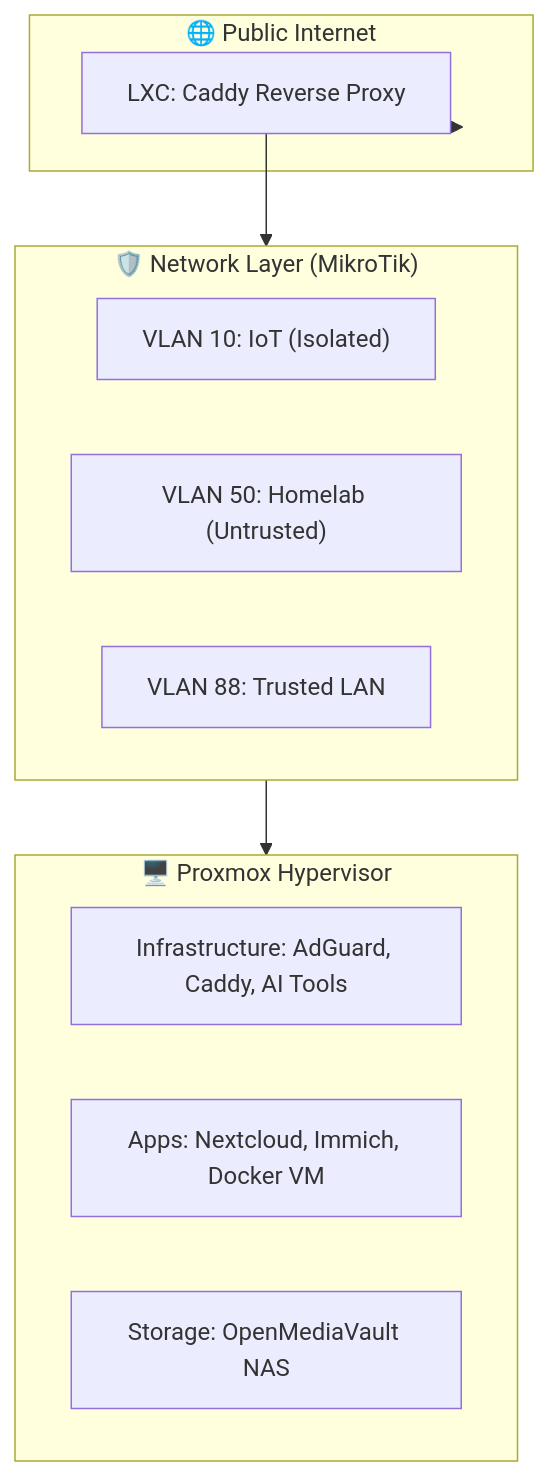
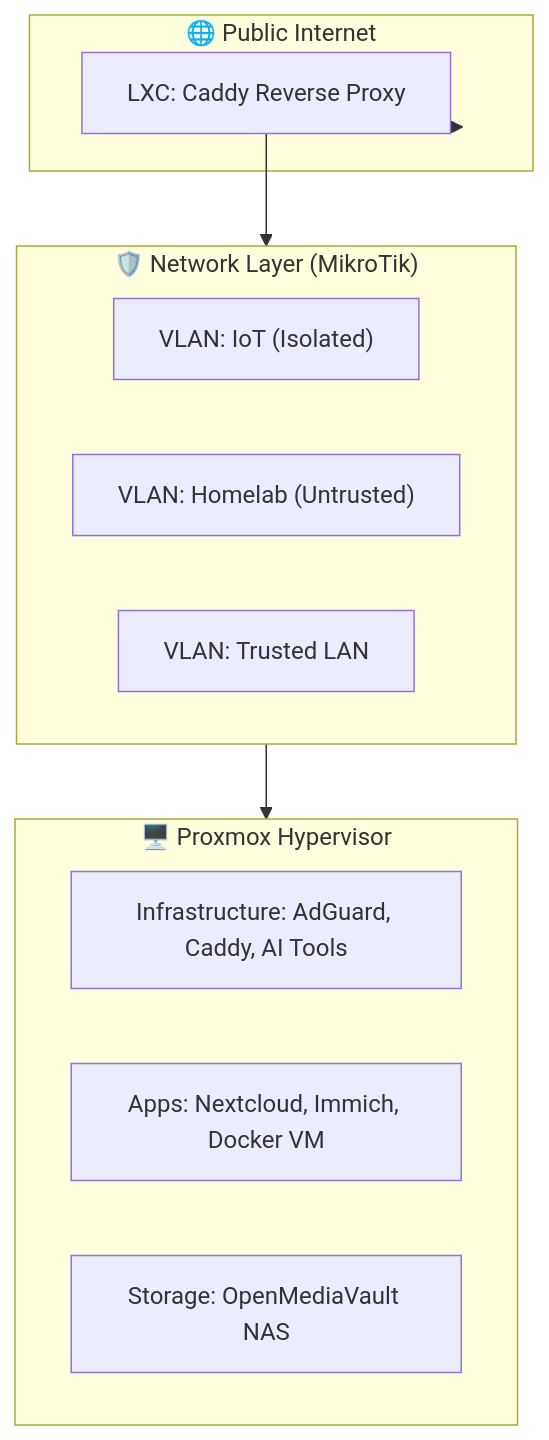
One commit to KnPk11/homelab changed the diagram in README.md. Above: the diagram before and after it, drawn with Mermaid. The commit also changed other lines of this file and 8 other files, not shown here.

````diff
--- a/README.md
+++ b/README.md
@@ -10,22 +10,22 @@
 ```mermaid
 graph TD
     subgraph WAN["🌐 Public Internet"]
         Caddy["LXC: Caddy Reverse Proxy"]
     end
     
     subgraph Network["🛡️ Network Layer (MikroTik)"]
-        VLAN10["VLAN 10: IoT (Isolated)"]
-        VLAN50["VLAN 50: Homelab (Untrusted)"]
-        VLAN88["VLAN 88: Trusted LAN"]
+        VLAN_IOT["VLAN: IoT (Isolated)"]
+        VLAN_LAB["VLAN: Homelab (Untrusted)"]
+        VLAN_LAN["VLAN: Trusted LAN"]
     end
 
     subgraph Compute["🖥️ Proxmox Hypervisor"]
         L1[Infrastructure: AdGuard, Caddy, AI Tools]
         L2[Apps: Nextcloud, Immich, Docker VM]
         L3[Storage: OpenMediaVault NAS]
     end
 
     WAN --> Caddy
     Caddy --> Network
     Network --> Compute
 ```
````
